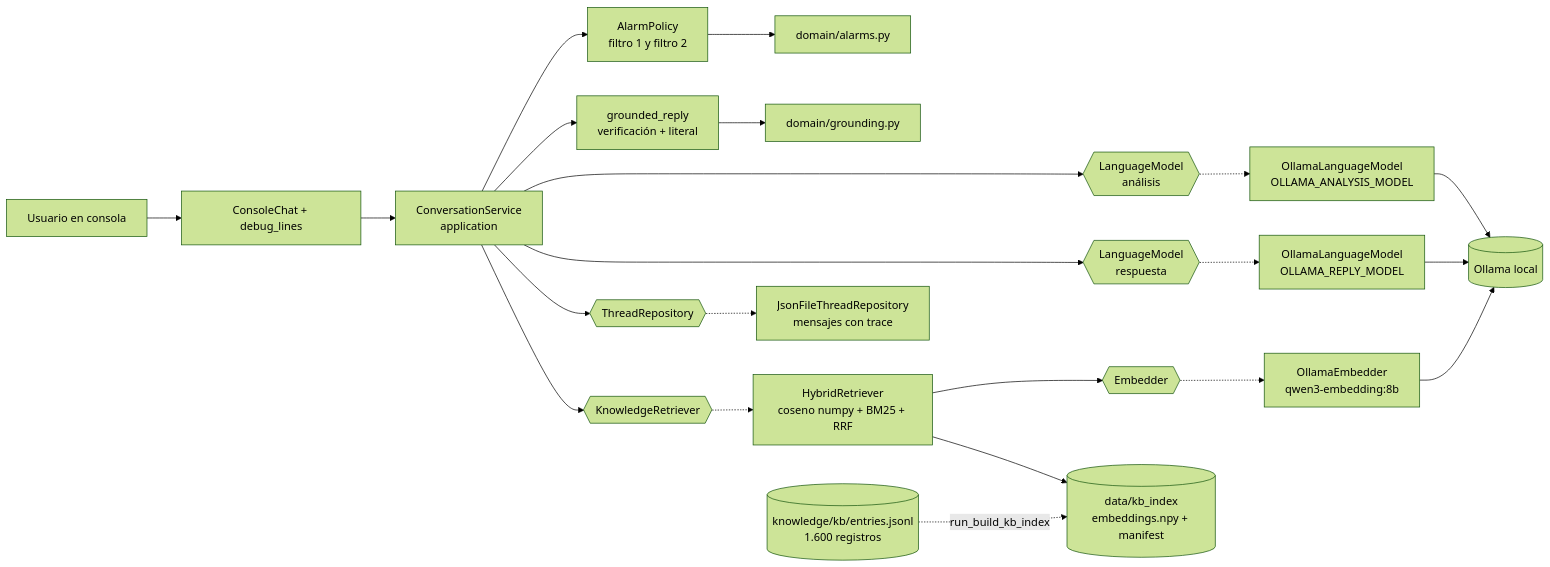
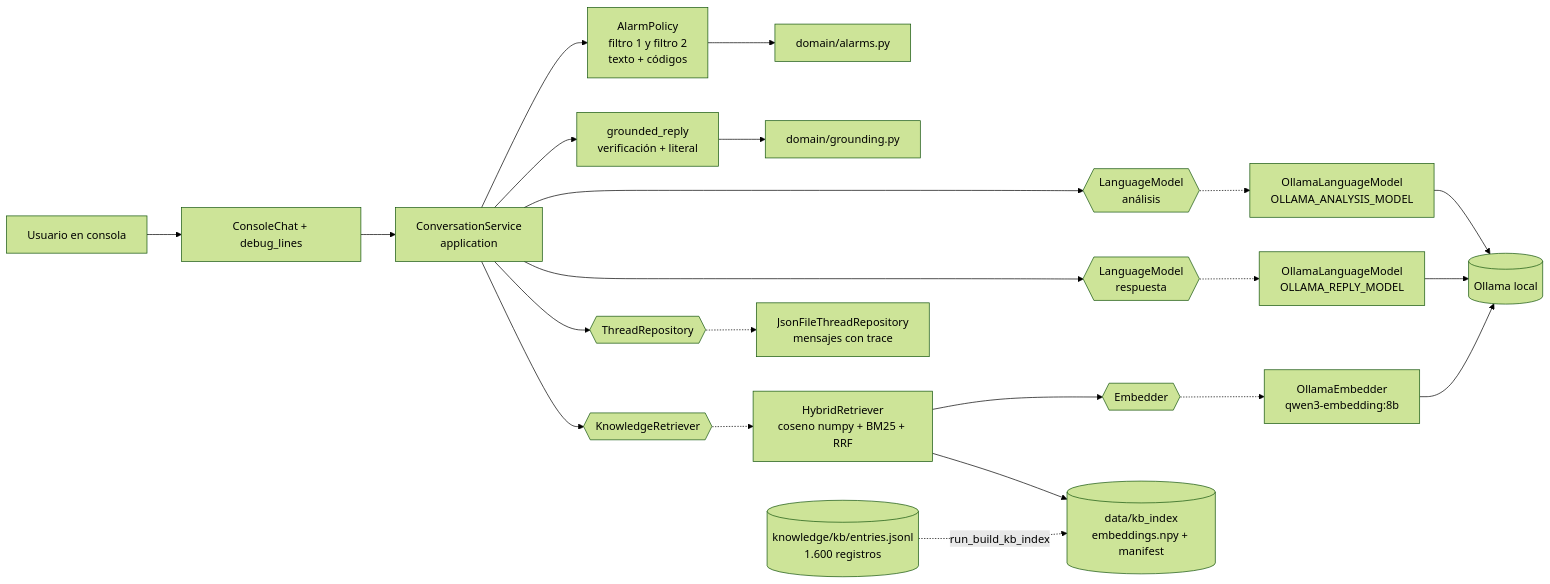
Before and after one commit to NicolasCastilloGaleano/chatbot-cardio-materno: the third of 4 diagrams in docs/02-arquitectura/arquitectura.md, drawn with Mermaid (forest theme). The commit also changed other lines of this file and 50 other files, not shown here.

First line of the commit message:
feat(alarms): códigos cerrados de signos en el filtro 2 (B-015, ADR 0012 provisional)

````diff
--- a/docs/02-arquitectura/arquitectura.md
+++ b/docs/02-arquitectura/arquitectura.md
@@ -84,21 +84,21 @@
 ```mermaid
 flowchart LR
     U[Usuario en consola] --> CC[ConsoleChat + debug_lines]
     CC --> CS[ConversationService<br/>application]
-    CS --> AP[AlarmPolicy<br/>filtro 1 y filtro 2]
+    CS --> AP[AlarmPolicy<br/>filtro 1 y filtro 2<br/>texto + códigos]
     AP --> DA[domain/alarms.py]
     CS --> AN{{LanguageModel<br/>análisis}}
     CS --> KR{{KnowledgeRetriever}}
     CS --> RE{{LanguageModel<br/>respuesta}}
     CS --> TR{{ThreadRepository}}
     CS --> GR[grounded_reply<br/>verificación + literal]
     GR --> DG[domain/grounding.py]
     AN -.-> OL1[OllamaLanguageModel<br/>OLLAMA_ANALYSIS_MODEL]
     RE -.-> OL2[OllamaLanguageModel<br/>OLLAMA_REPLY_MODEL]
     KR -.-> HR[HybridRetriever<br/>coseno numpy + BM25 + RRF]
     HR --> EM{{Embedder}} -.-> OE[OllamaEmbedder<br/>qwen3-embedding:8b]
     HR --> VI[(data/kb_index<br/>embeddings.npy + manifest)]
     KB[(knowledge/kb/entries.jsonl<br/>1.600 registros)] -. run_build_kb_index .-> VI
     TR -.-> JR[JsonFileThreadRepository<br/>mensajes con trace]
     OL1 & OL2 & OE --> OLL[(Ollama local)]
 ```
````
